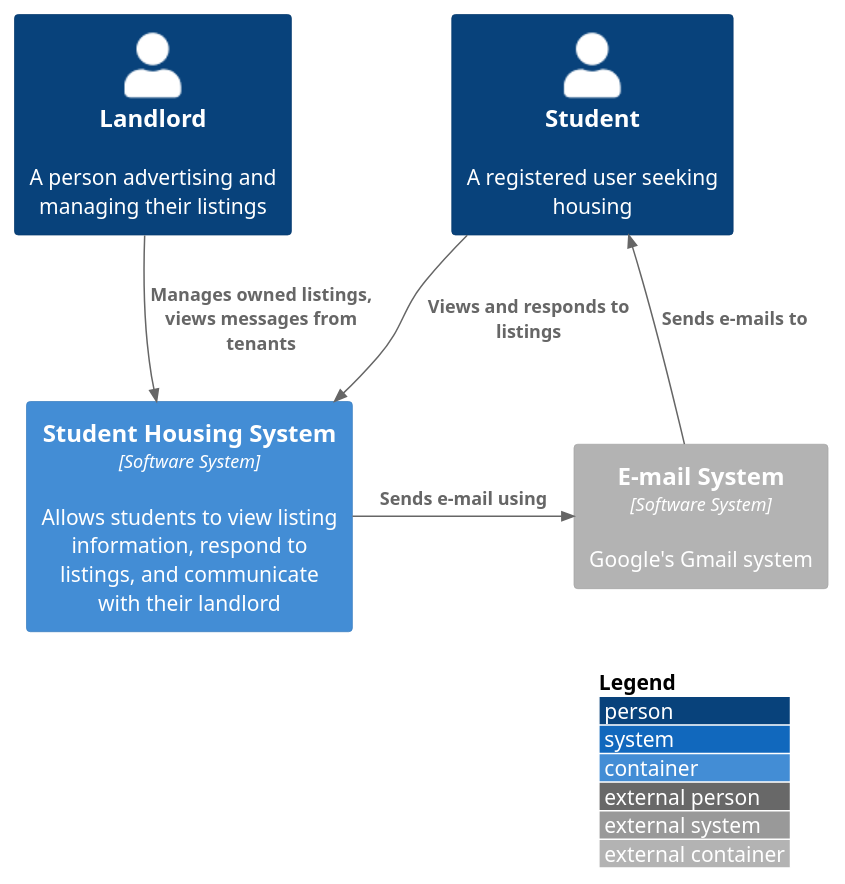
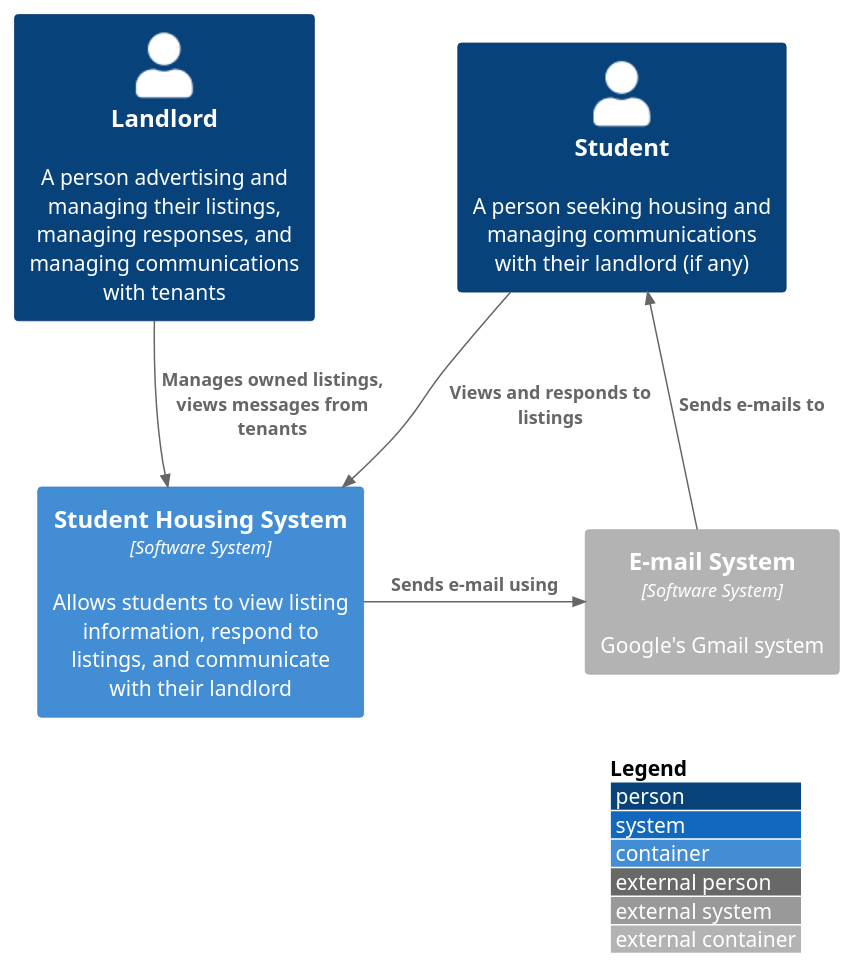
The diagram in docs/uml-diagrams/c1-diagram.puml (lex-kort/s3-roomies-backend), drawn with PlantUML before and after one commit. The commit also changed 3 other files, not shown here.

Commit message:
- Update C1, C2, C3 diagrams - Add CORS for front-end

```diff
--- a/docs/uml-diagrams/c1-diagram.puml
+++ b/docs/uml-diagrams/c1-diagram.puml
@@ -1,19 +1,19 @@
 @startuml "C1 Diagram"
 !include https://raw.githubusercontent.com/plantuml-stdlib/C4-PlantUML/master/C4_Container.puml
 
 LAYOUT_WITH_LEGEND()
 
 AddRelTag("dashedLine", $lineStyle=DashedLine())
 
-Person(student, "Student", "A registered user seeking housing")
-Person(landlord, "Landlord", "A person advertising and managing their listings")
+Person(student, "Student", "A person seeking housing and managing communications with their landlord (if any)")
+Person(landlord, "Landlord", "A person advertising and managing their listings, managing responses, and managing communications with tenants")
 
 Container(web_app, "Student Housing System", "Software System", "Allows students to view listing information, respond to listings, and communicate with their landlord")
 Container_Ext(mail_serv, "E-mail System", "Software System", "Google's Gmail system")
 
 Rel(student, web_app, "Views and responds to listings")
 Rel(landlord, web_app, "Manages owned listings, views messages from tenants")
 
 Rel_R(web_app, mail_serv, "Sends e-mail using")
 Rel_U(mail_serv, student, "Sends e-mails to")
 @enduml
```
